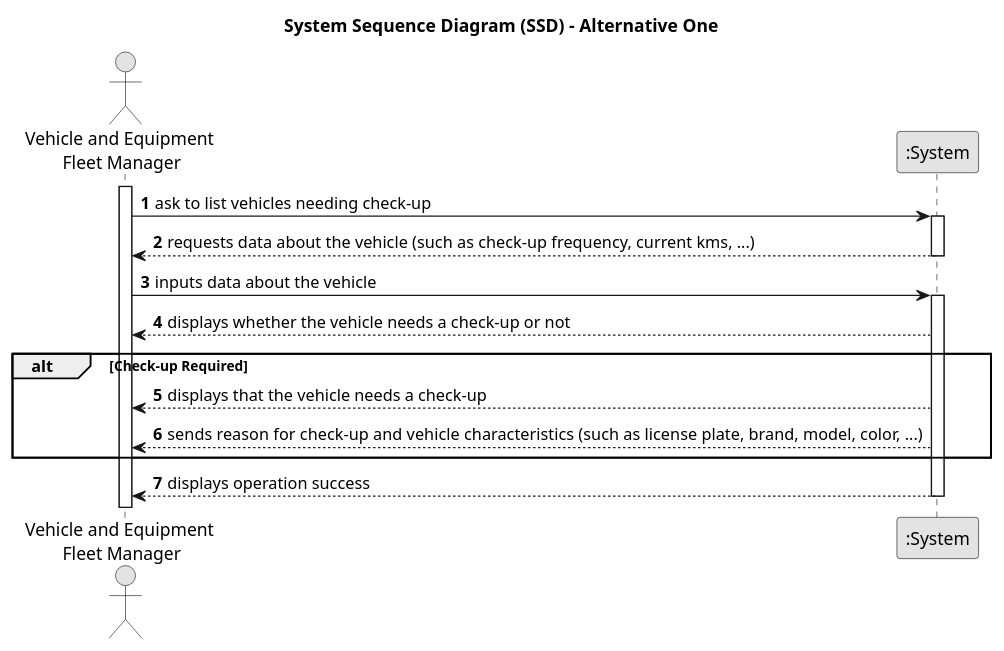
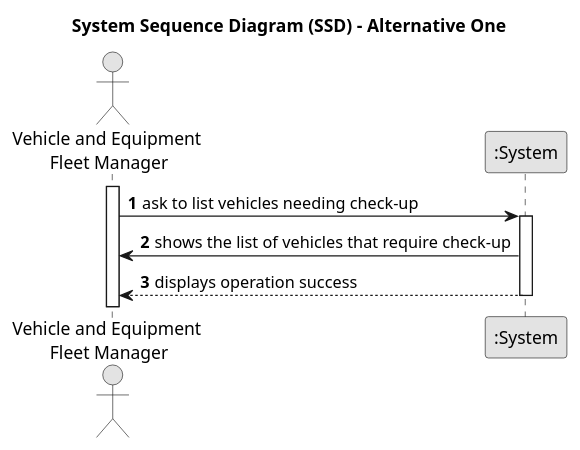
Before and after one commit to daniel41silva05/ISEP_2023_2024_LAPR2: the diagram in docs/sprintA&B/us008/01.requirements-engineering/puml/us008-system-sequence-diagram-alternative-one.puml, drawn with PlantUML. The commit also changed 1 other file, not shown here.

```diff
--- a/docs/sprintA&B/us008/01.requirements-engineering/puml/us008-system-sequence-diagram-alternative-one.puml
+++ b/docs/sprintA&B/us008/01.requirements-engineering/puml/us008-system-sequence-diagram-alternative-one.puml
@@ -1,34 +1,24 @@
 @startuml
 skinparam monochrome true
 skinparam packageStyle rectangle
 skinparam shadowing false
 
 title System Sequence Diagram (SSD) - Alternative One
 
 autonumber
 
 actor "Vehicle and Equipment \nFleet Manager" as Employee
 participant ":System" as System
 
 activate Employee
 
     Employee -> System : ask to list vehicles needing check-up
     activate System
 
-        System --> Employee : requests data about the vehicle (such as check-up frequency, current kms, ...)
+        System -> Employee : shows the list of vehicles that require check-up
 
-    deactivate System
-
-    Employee -> System : inputs data about the vehicle
-    activate System
-
-    System --> Employee : displays whether the vehicle needs a check-up or not
-        alt Check-up Required
-            System --> Employee : displays that the vehicle needs a check-up
-            System --> Employee : sends reason for check-up and vehicle characteristics (such as license plate, brand, model, color, ...)
-        end
-        System --> Employee : displays operation success
+    System --> Employee : displays operation success
 
     deactivate System
 
 @enduml
```
